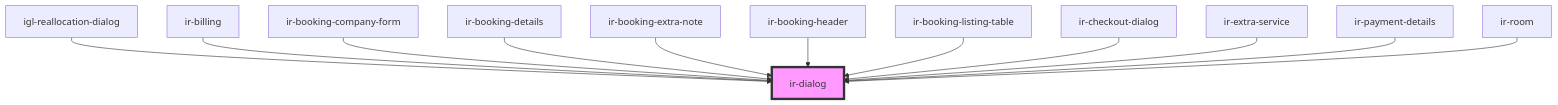
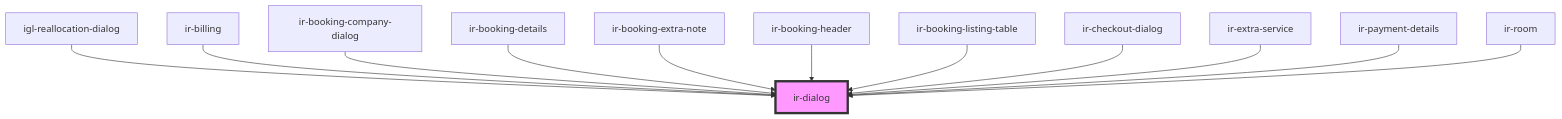
One commit to David1Chowaifaty/modified-ir-webcmp changed the diagram in src/components/ui/ir-dialog/readme.md. Above: the diagram before and after it, drawn with Mermaid. The commit also changed other lines of this file and 36 other files, not shown here.

````diff
--- a/src/components/ui/ir-dialog/readme.md
+++ b/src/components/ui/ir-dialog/readme.md
@@ -68,15 +68,15 @@
 ```mermaid
 graph TD;
   igl-reallocation-dialog --> ir-dialog
   ir-billing --> ir-dialog
-  ir-booking-company-form --> ir-dialog
+  ir-booking-company-dialog --> ir-dialog
   ir-booking-details --> ir-dialog
   ir-booking-extra-note --> ir-dialog
   ir-booking-header --> ir-dialog
   ir-booking-listing-table --> ir-dialog
   ir-checkout-dialog --> ir-dialog
   ir-extra-service --> ir-dialog
   ir-payment-details --> ir-dialog
   ir-room --> ir-dialog
   style ir-dialog fill:#f9f,stroke:#333,stroke-width:4px
 ```
````
